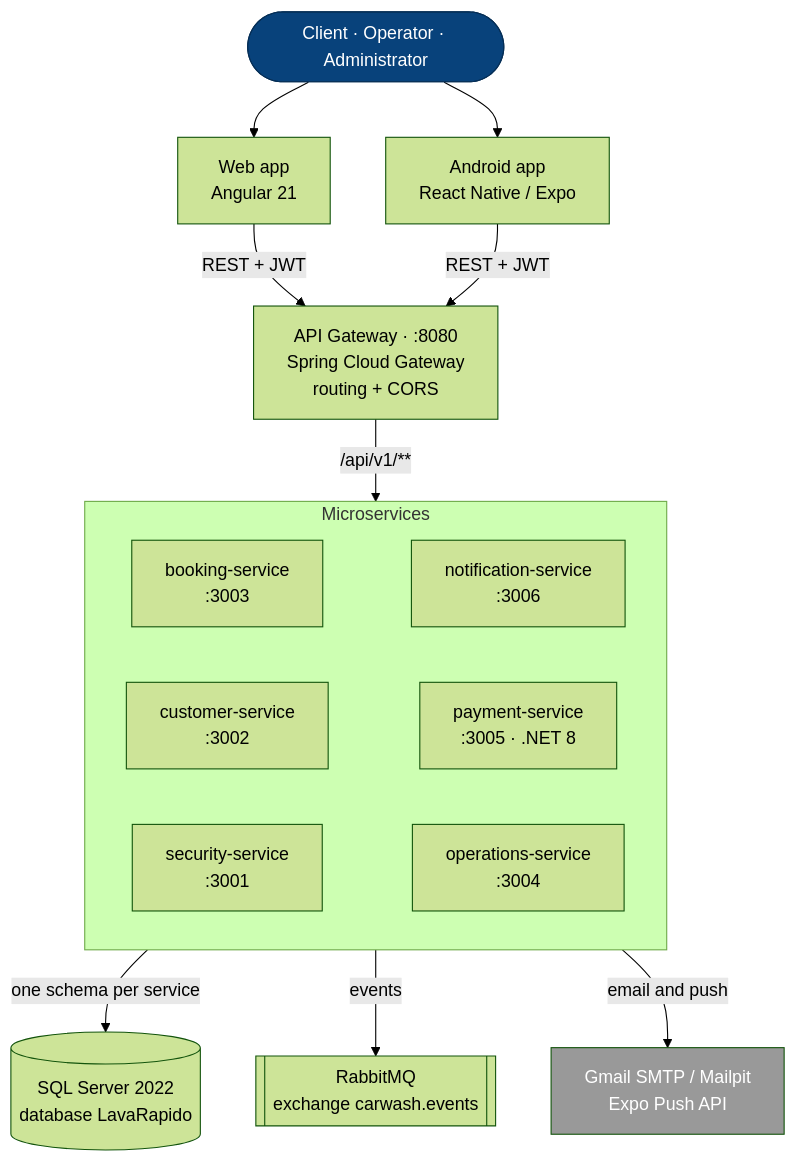
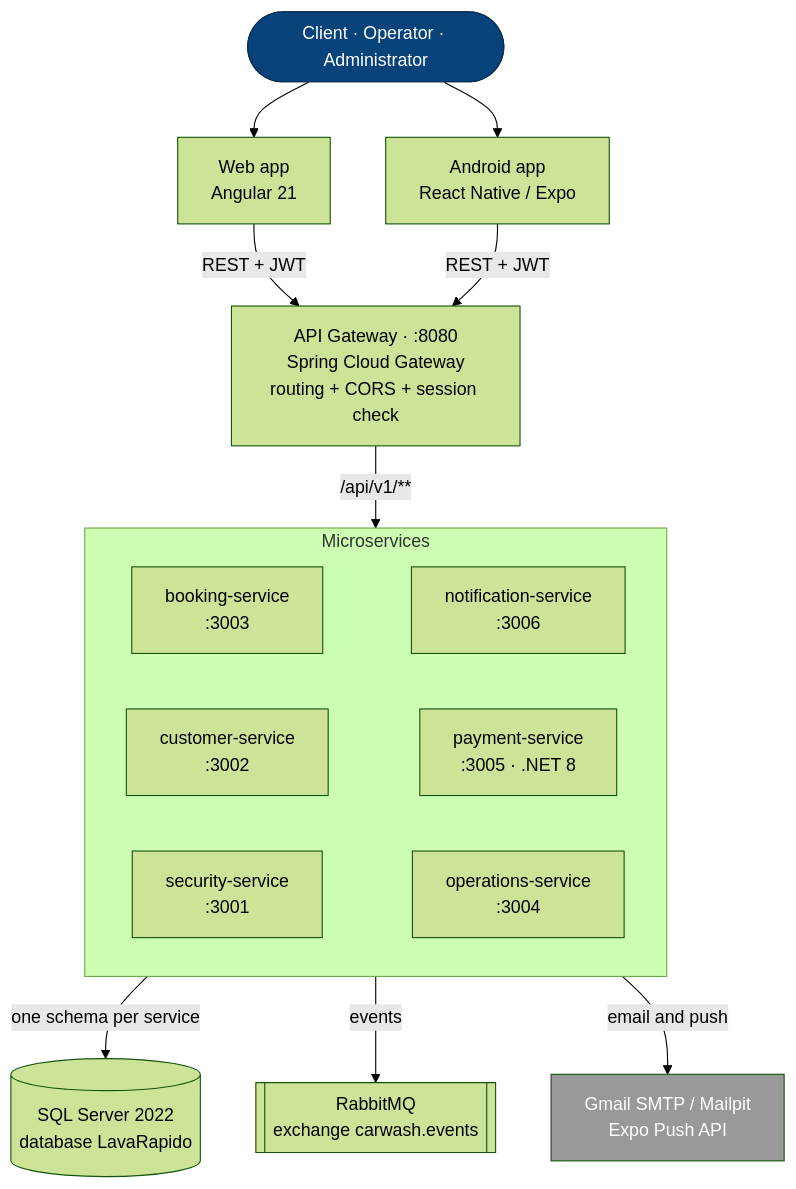
Before and after one commit to code-sena/vehicle-w-docs: the first of 3 diagrams in 08-uml/diagrams/source/c2-containers.md, drawn with Mermaid (forest theme). The commit also changed other lines of this file and 9 other files, not shown here.

````diff
--- a/08-uml/diagrams/source/c2-containers.md
+++ b/08-uml/diagrams/source/c2-containers.md
@@ -9,36 +9,36 @@
 ```mermaid
 flowchart TB
     people(["Client · Operator · Administrator"]):::person
     web[Web app<br/>Angular 21]
     mobile[Android app<br/>React Native / Expo]
-    gateway[API Gateway · :8080<br/>Spring Cloud Gateway<br/>routing + CORS]
+    gateway[API Gateway · :8080<br/>Spring Cloud Gateway<br/>routing + CORS + session check]
 
     subgraph services[Microservices]
         direction LR
         security[security-service<br/>:3001]
         customer[customer-service<br/>:3002]
         booking[booking-service<br/>:3003]
         operations[operations-service<br/>:3004]
         payment[payment-service<br/>:3005 · .NET 8]
         notification[notification-service<br/>:3006]
         booking ~~~ notification
         customer ~~~ payment
         security ~~~ operations
     end
 
     sql[(SQL Server 2022<br/>database LavaRapido)]
     rabbit[[RabbitMQ<br/>exchange carwash.events]]
     ext[Gmail SMTP / Mailpit<br/>Expo Push API]:::ext
 
     people --> web
     people --> mobile
     web -- "REST + JWT" --> gateway
     mobile -- "REST + JWT" --> gateway
     gateway -- "/api/v1/**" --> services
     services -- "one schema per service" --> sql
     services -- "events" --> rabbit
     services -- "email and push" --> ext
 
     classDef person fill:#08427b,color:#fff,stroke:#052e56
     classDef ext fill:#999,color:#fff
 ```
````
